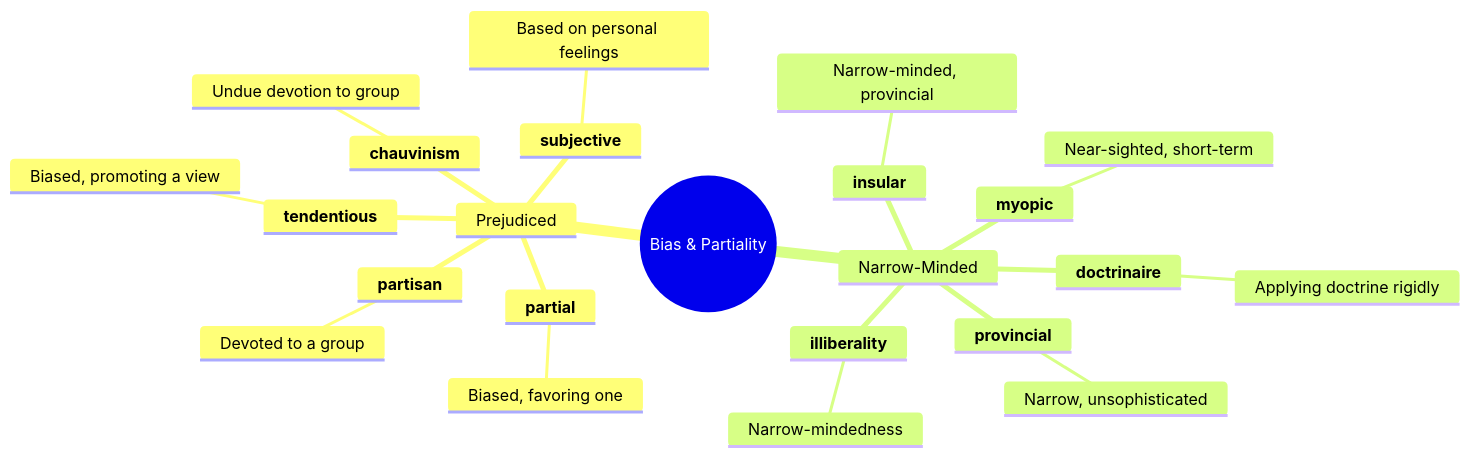
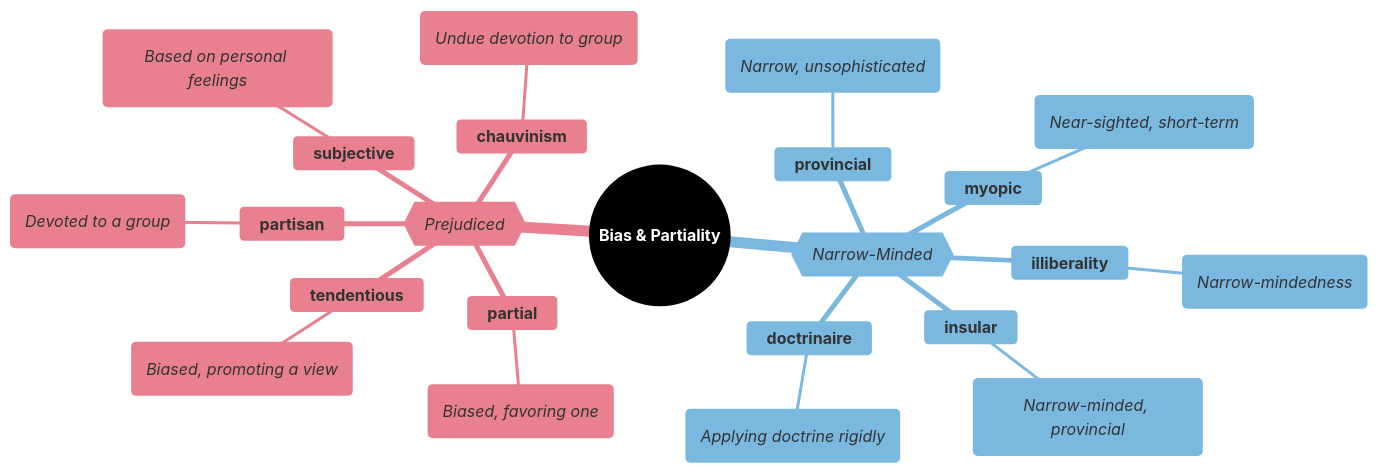
Before and after one commit to 95anantsingh/gre-preparation: the third of 7 diagrams in mindmaps/14-judgment-and-decision.md, drawn with Mermaid. The commit also changed other lines of this file and 14 other files, not shown here.

````diff
--- a/mindmaps/14-judgment-and-decision.md
+++ b/mindmaps/14-judgment-and-decision.md
@@ -122,26 +177,45 @@
 ```mermaid
+%%{
+  init: {
+    "theme": "base",
+    "themeVariables": {
+      "primaryColor": "#000000",
+      "cScale1": "#e8808f",  "cScaleInv1": "#a33445",
+      "cScale2": "#7bb8e0",  "cScaleInv2": "#266a93",
+      "cScale3": "#6db993",  "cScaleInv3": "#23543f",
+      "cScale4": "#f5d07a",  "cScaleInv4": "#c4903b",
+      "cScale5": "#b08fcc",  "cScaleInv5": "#5d3b75",
+      "cScale6": "#74dace",  "cScaleInv6": "#217d72",
+      "cScale7": "#f09570",  "cScaleInv7": "#b84112",
+      "cScale8": "#8ea8c2",  "cScaleInv8": "#32465e",
+      "cScale9": "#cc7fba",  "cScaleInv9": "#7d2868",
+      "cScale10": "#c99a78", "cScaleInv10": "#7c4e32",
+      "cScale11": "#a3a3a3", "cScaleInv11": "#3d3d3d"
+    }
+  }
+}%%
 mindmap
-  root((Bias & Partiality))
-    Prejudiced
+  root((<font color=white>**Bias & Partiality**</font>))
+    {{_Prejudiced_}}
       **partial**
-        Biased, favoring one
+        (_Biased, favoring one_)
       **partisan**
-        Devoted to a group
+        (_Devoted to a group_)
       **tendentious**
-        Biased, promoting a view
+        (_Biased, promoting a view_)
       **subjective**
-        Based on personal feelings
+        (_Based on personal feelings_)
       **chauvinism**
-        Undue devotion to group
-    Narrow-Minded
+        (_Undue devotion to group_)
+    {{_Narrow-Minded_}}
       **insular**
-        Narrow-minded, provincial
+        (_Narrow-minded, provincial_)
       **illiberality**
-        Narrow-mindedness
+        (_Narrow-mindedness_)
       **doctrinaire**
-        Applying doctrine rigidly
+        (_Applying doctrine rigidly_)
       **myopic**
-        Near-sighted, short-term
+        (_Near-sighted, short-term_)
       **provincial**
-        Narrow, unsophisticated
+        (_Narrow, unsophisticated_)
 ```
````
